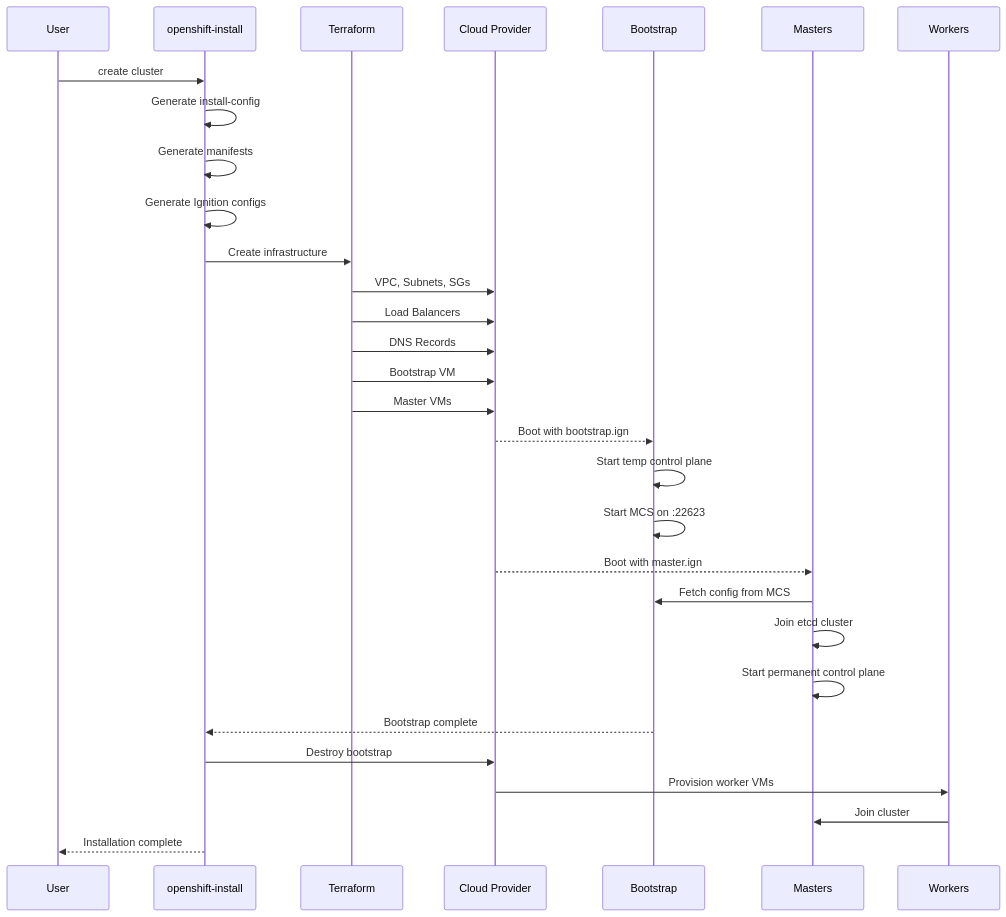
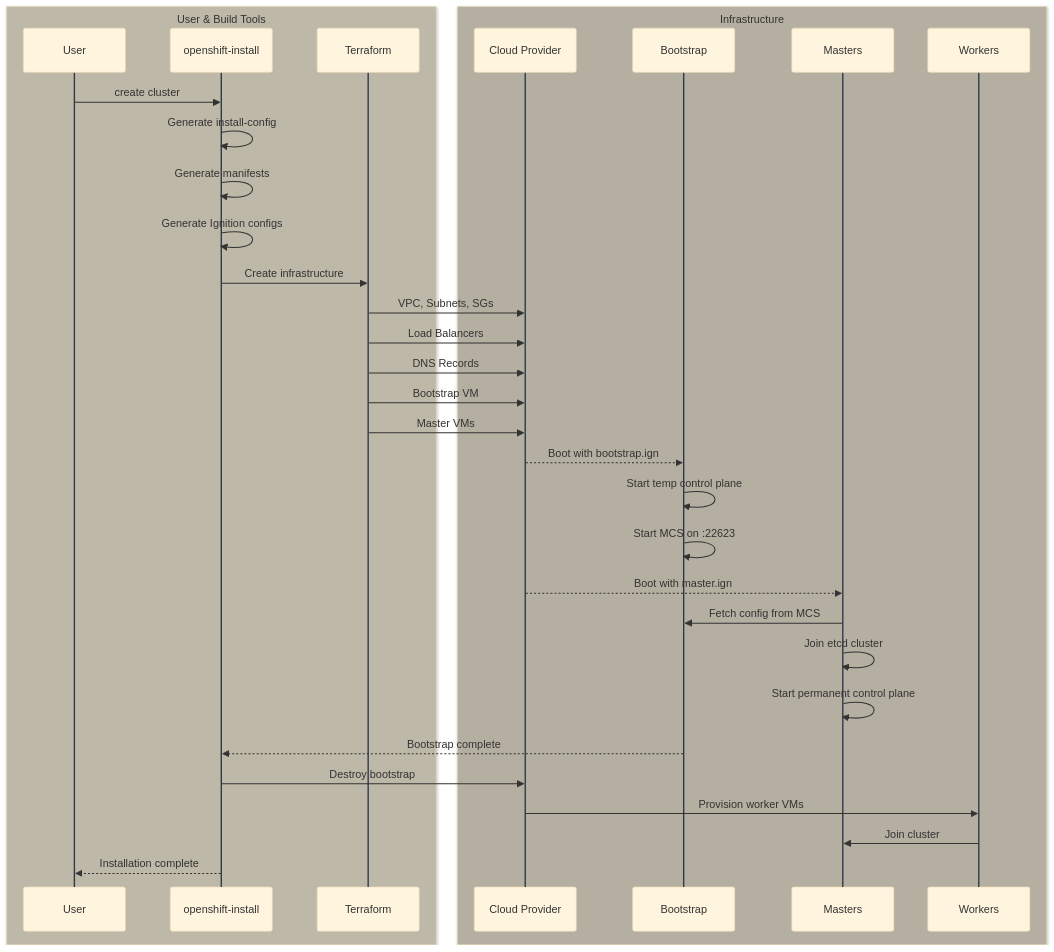
Before and after one commit to zszabo-rh/openshift-install-guide: the first of 11 diagrams in 09-diagrams/component-diagrams.md, drawn with Mermaid. The commit also changed other lines of this file and 16 other files, not shown here.

Commit message:
improved diagram style

````diff
--- a/09-diagrams/component-diagrams.md
+++ b/09-diagrams/component-diagrams.md
@@ -7,39 +7,45 @@
 ```mermaid
+%%{init: {'theme': 'base', 'themeVariables': { 'lineColor': '#2d3748', 'actorLineColor': '#2d3748' }}}%%
 sequenceDiagram
-    participant User
-    participant Installer as openshift-install
-    participant Terraform
-    participant Cloud as Cloud Provider
-    participant Bootstrap
-    participant Masters
-    participant Workers
+    box rgb(190,184,168) User & Build Tools
+        participant User
+        participant Installer as openshift-install
+        participant Terraform
+    end
+    
+    box rgb(180,175,160) Infrastructure
+        participant Cloud as Cloud Provider
+        participant Bootstrap
+        participant Masters
+        participant Workers
+    end
 
     User->>Installer: create cluster
     Installer->>Installer: Generate install-config
     Installer->>Installer: Generate manifests
     Installer->>Installer: Generate Ignition configs
     
     Installer->>Terraform: Create infrastructure
     Terraform->>Cloud: VPC, Subnets, SGs
     Terraform->>Cloud: Load Balancers
     Terraform->>Cloud: DNS Records
     Terraform->>Cloud: Bootstrap VM
     Terraform->>Cloud: Master VMs
     
     Cloud-->>Bootstrap: Boot with bootstrap.ign
     Bootstrap->>Bootstrap: Start temp control plane
     Bootstrap->>Bootstrap: Start MCS on :22623
     
     Cloud-->>Masters: Boot with master.ign
     Masters->>Bootstrap: Fetch config from MCS
     Masters->>Masters: Join etcd cluster
     Masters->>Masters: Start permanent control plane
     
     Bootstrap-->>Installer: Bootstrap complete
     Installer->>Cloud: Destroy bootstrap
     
     Cloud->>Workers: Provision worker VMs
     Workers->>Masters: Join cluster
     
     Installer-->>User: Installation complete
 ```
````
